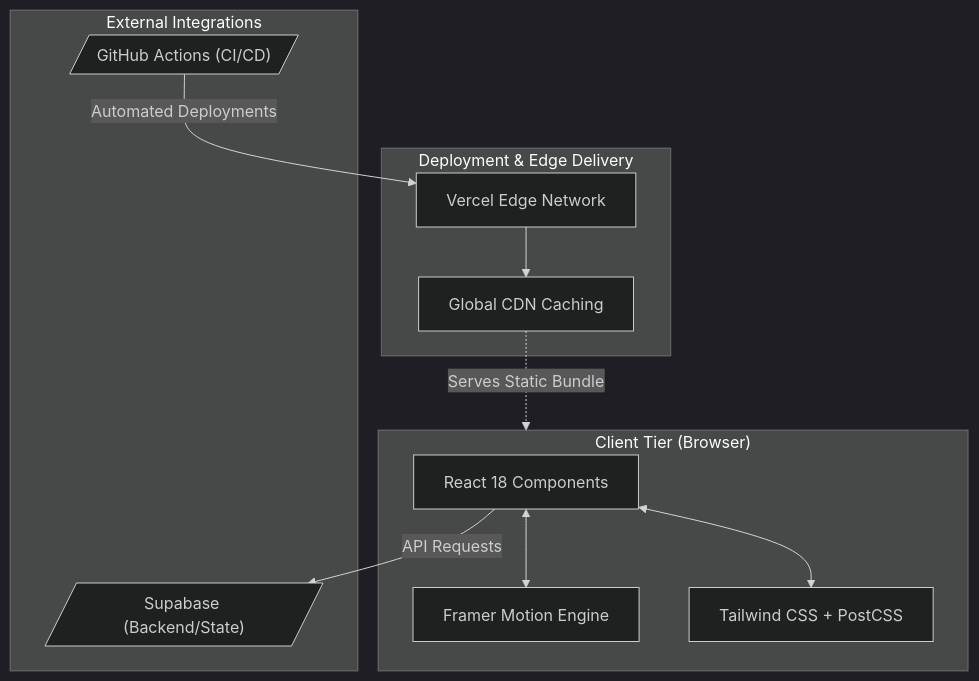
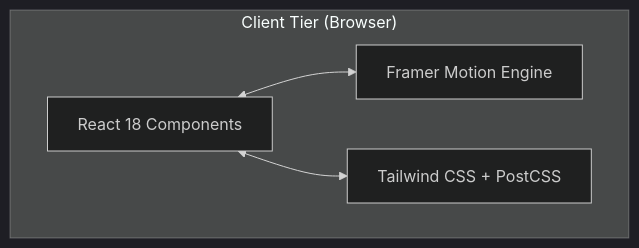
Before and after one commit to Harshithk951/My-Portfolio: the diagram in README.md, drawn with Mermaid (dark theme). The commit also changed other lines of this file and 1 other file, not shown here.

First line of the commit message:
feat: add Knowledge Graph schema & SEO-optimized README for LinkedIn & GitHub visibility

````diff
--- a/README.md
+++ b/README.md
@@ -41,25 +48,10 @@
 ```mermaid
 flowchart TB
     subgraph Client["Client Tier (Browser)"]
         UI["React 18 Components"]
         Motion["Framer Motion Engine"]
         Styles["Tailwind CSS + PostCSS"]
         UI <--> Motion
         UI <--> Styles
     end
-
-    subgraph Hosting["Deployment & Edge Delivery"]
-        Vercel["Vercel Edge Network"]
-        CDN["Global CDN Caching"]
-        Vercel --> CDN
-    end
-
-    subgraph Services["External Integrations"]
-        Supabase[/"Supabase (Backend/State)"/]
-        GitHub[/"GitHub Actions (CI/CD)"/]
-    end
-
-    CDN -.->|Serves Static Bundle| Client
-    UI -->|API Requests| Supabase
-    GitHub -->|Automated Deployments| Vercel
 ```
````
